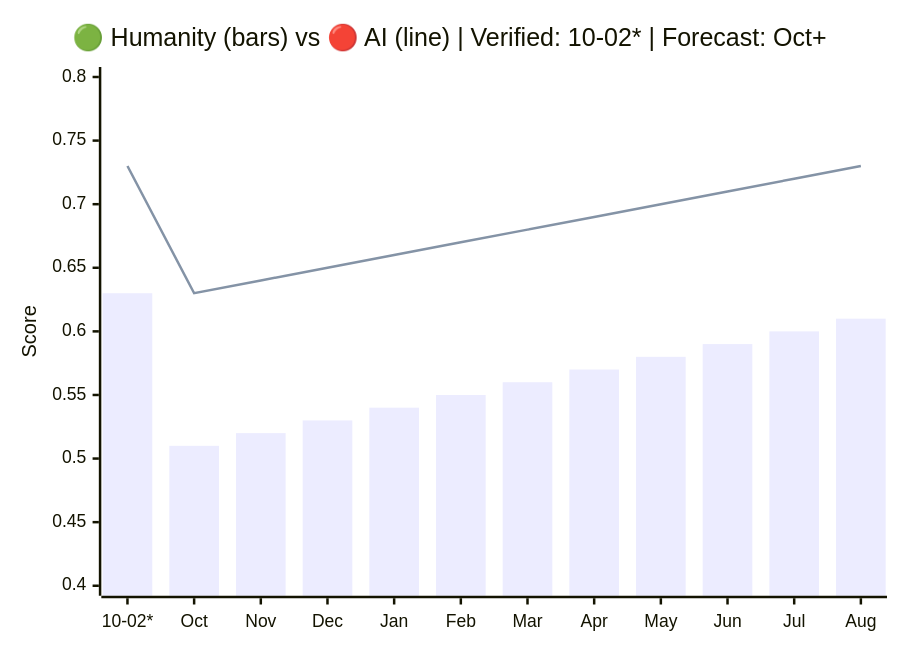
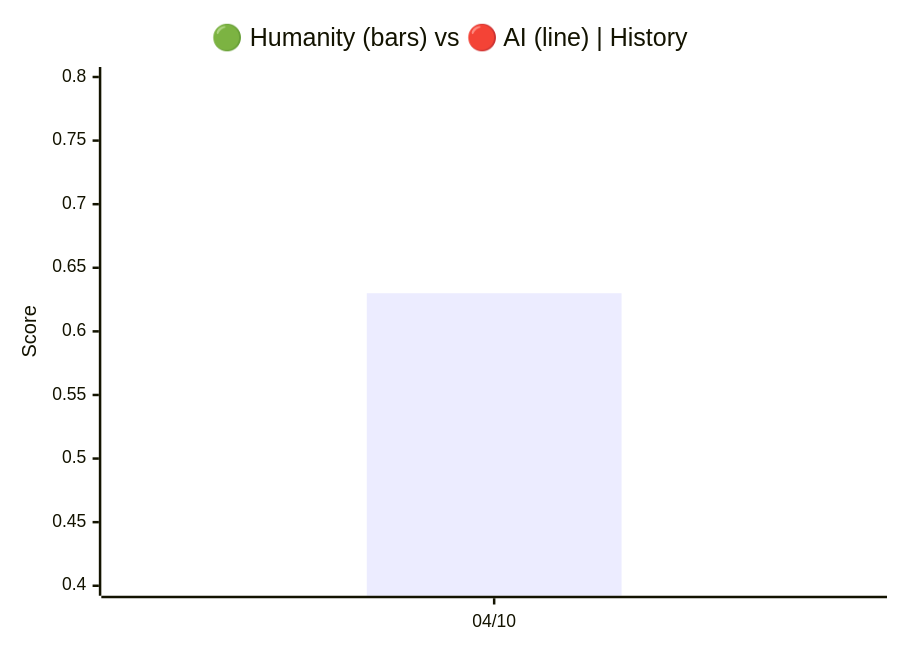
The first of 2 diagrams in README.md (VQQLK/Human-AI-Monitor), drawn with Mermaid before and after one commit. The commit also changed other lines of this file and 4 other files, not shown here.

First line of the commit message:
feat(readme): history-based charts + /gap-history endpoint (#27)

````diff
--- a/README.md
+++ b/README.md
@@ -33,8 +32,8 @@
 ```mermaid
 xychart-beta
-    title "🟢 Humanity (bars) vs 🔴 AI (line) | Verified: 10-02* | Forecast: Oct+"
-    x-axis ["10-02*", "Oct", "Nov", "Dec", "Jan", "Feb", "Mar", "Apr", "May", "Jun", "Jul", "Aug"]
+    title "🟢 Humanity (bars) vs 🔴 AI (line) | History"
+    x-axis ["04/10"]
     y-axis "Score" 0.40 --> 0.80
-    bar [0.63, 0.51, 0.52, 0.53, 0.54, 0.55, 0.56, 0.57, 0.58, 0.59, 0.60, 0.61]
-    line [0.73, 0.63, 0.64, 0.65, 0.66, 0.67, 0.68, 0.69, 0.70, 0.71, 0.72, 0.73]
+    bar [0.63]
+    line [0.73]
 ```
````
